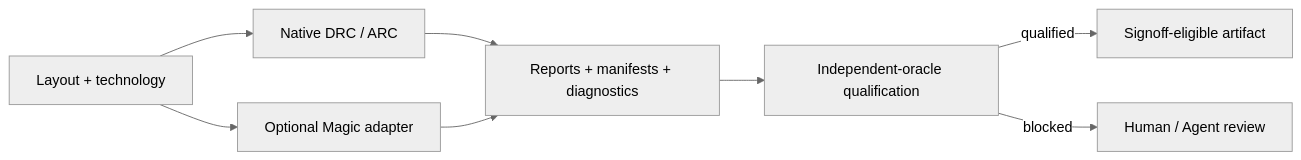
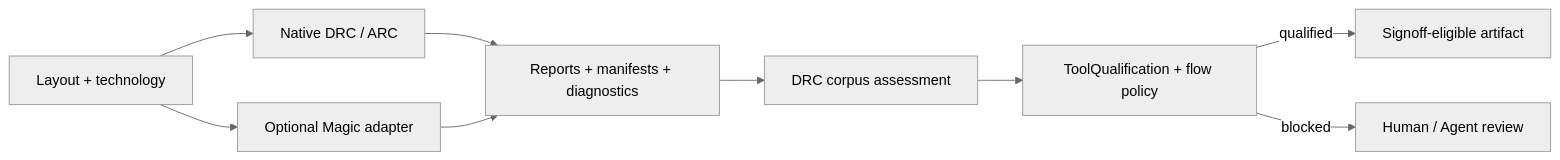
The second of 2 diagrams in README.md (1amageek/DRCEngine), drawn with Mermaid (neutral theme) before and after one commit. The commit also changed other lines of this file and 32 other files, not shown here.

Commit message:
Make DRC corpus assessment fail closed

````diff
--- a/README.md
+++ b/README.md
@@ -54,10 +55,11 @@
 ```mermaid
 flowchart LR
     Input["Layout + technology"] --> Native["Native DRC / ARC"]
     Input --> Magic["Optional Magic adapter"]
     Native --> Evidence["Reports + manifests + diagnostics"]
     Magic --> Evidence
-    Evidence --> Gate["Independent-oracle qualification"]
+    Evidence --> Assessment["DRC corpus assessment"]
+    Assessment --> Gate["ToolQualification + flow policy"]
     Gate -->|qualified| Signoff["Signoff-eligible artifact"]
     Gate -->|blocked| Review["Human / Agent review"]
 ```
````
